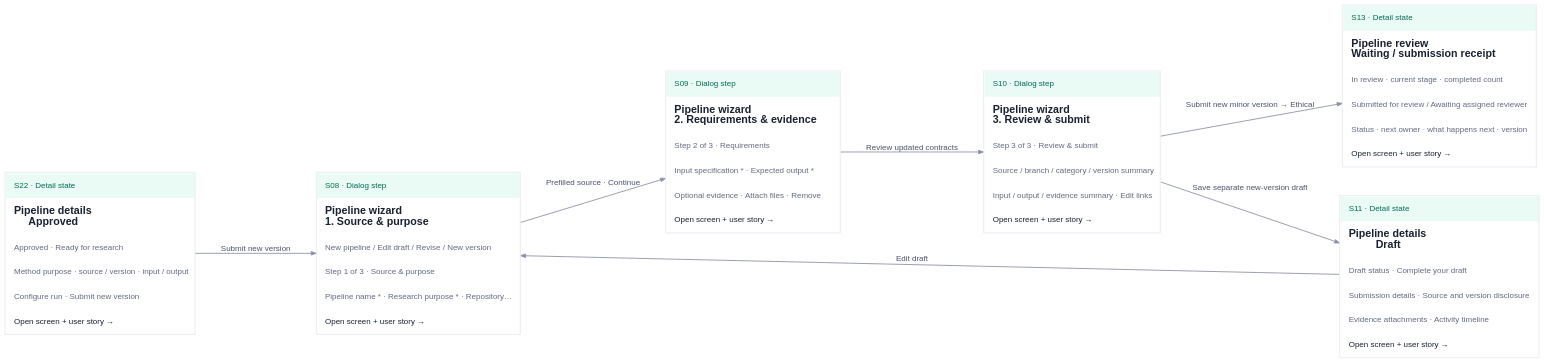
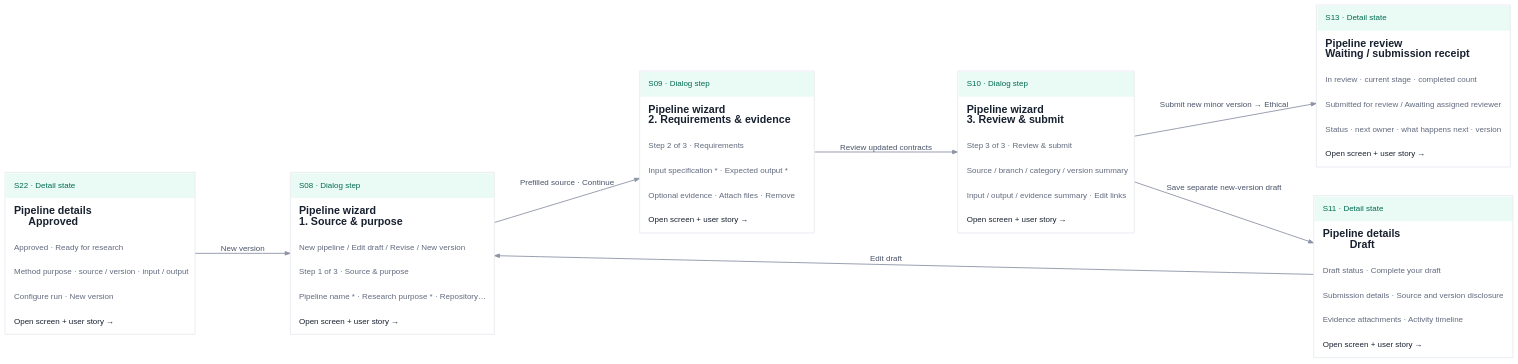
Before and after one commit to T-dotnet/Zero_trust: the diagram in public/mvp-flow-docs/flows/F06.dot, drawn with Graphviz. The commit also changed 52 other files, not shown here.

```diff
--- a/public/mvp-flow-docs/flows/F06.dot
+++ b/public/mvp-flow-docs/flows/F06.dot
@@ -1,17 +1,17 @@
 digraph flow {
 graph [rankdir=LR, bgcolor="transparent", pad="0.25", nodesep="0.6", ranksep="1.05", splines=polyline, outputorder=edgesfirst];
 node [shape=plain, fontname="Arial"];
 edge [color="#8c91a4", fontcolor="#495268", fontname="Arial", fontsize=12, arrowsize=0.75, penwidth=1.3];
-S22 [id="node-S22", href="#screen=S22&journey=F06", tooltip="Pipeline details · Approved", label=<<TABLE BORDER="1" COLOR="#e0e4ec" CELLBORDER="0" CELLSPACING="0" CELLPADDING="12" BGCOLOR="white"><TR><TD ALIGN="LEFT" WIDTH="260" BGCOLOR="#eafbf5"><FONT POINT-SIZE="12" COLOR="#006b50">S22 · Detail state</FONT></TD></TR><TR><TD ALIGN="LEFT"><FONT POINT-SIZE="16" COLOR="#18212f"><B>Pipeline details<BR ALIGN="LEFT"/>Approved</B></FONT></TD></TR><TR><TD ALIGN="LEFT"><FONT POINT-SIZE="12" COLOR="#626a7e">Approved · Ready for research</FONT></TD></TR><TR><TD ALIGN="LEFT"><FONT POINT-SIZE="12" COLOR="#626a7e">Method purpose · source / version · input / output</FONT></TD></TR><TR><TD ALIGN="LEFT"><FONT POINT-SIZE="12" COLOR="#626a7e">Configure run · Submit new version</FONT></TD></TR><TR><TD ALIGN="LEFT"><FONT POINT-SIZE="12" COLOR="#18212f">Open screen + user story →</FONT></TD></TR></TABLE>>];
+S22 [id="node-S22", href="#screen=S22&journey=F06", tooltip="Pipeline details · Approved", label=<<TABLE BORDER="1" COLOR="#e0e4ec" CELLBORDER="0" CELLSPACING="0" CELLPADDING="12" BGCOLOR="white"><TR><TD ALIGN="LEFT" WIDTH="260" BGCOLOR="#eafbf5"><FONT POINT-SIZE="12" COLOR="#006b50">S22 · Detail state</FONT></TD></TR><TR><TD ALIGN="LEFT"><FONT POINT-SIZE="16" COLOR="#18212f"><B>Pipeline details<BR ALIGN="LEFT"/>Approved</B></FONT></TD></TR><TR><TD ALIGN="LEFT"><FONT POINT-SIZE="12" COLOR="#626a7e">Approved · Ready for research</FONT></TD></TR><TR><TD ALIGN="LEFT"><FONT POINT-SIZE="12" COLOR="#626a7e">Method purpose · source / version · input / output</FONT></TD></TR><TR><TD ALIGN="LEFT"><FONT POINT-SIZE="12" COLOR="#626a7e">Configure run · New version</FONT></TD></TR><TR><TD ALIGN="LEFT"><FONT POINT-SIZE="12" COLOR="#18212f">Open screen + user story →</FONT></TD></TR></TABLE>>];
 S08 [id="node-S08", href="#screen=S08&journey=F06", tooltip="Pipeline wizard · 1. Source & purpose", label=<<TABLE BORDER="1" COLOR="#e0e4ec" CELLBORDER="0" CELLSPACING="0" CELLPADDING="12" BGCOLOR="white"><TR><TD ALIGN="LEFT" WIDTH="260" BGCOLOR="#eafbf5"><FONT POINT-SIZE="12" COLOR="#006b50">S08 · Dialog step</FONT></TD></TR><TR><TD ALIGN="LEFT"><FONT POINT-SIZE="16" COLOR="#18212f"><B>Pipeline wizard<BR ALIGN="LEFT"/>1. Source &amp; purpose</B></FONT></TD></TR><TR><TD ALIGN="LEFT"><FONT POINT-SIZE="12" COLOR="#626a7e">New pipeline / Edit draft / Revise / New version</FONT></TD></TR><TR><TD ALIGN="LEFT"><FONT POINT-SIZE="12" COLOR="#626a7e">Step 1 of 3 · Source &amp; purpose</FONT></TD></TR><TR><TD ALIGN="LEFT"><FONT POINT-SIZE="12" COLOR="#626a7e">Pipeline name * · Research purpose * · Repository…</FONT></TD></TR><TR><TD ALIGN="LEFT"><FONT POINT-SIZE="12" COLOR="#18212f">Open screen + user story →</FONT></TD></TR></TABLE>>];
 S09 [id="node-S09", href="#screen=S09&journey=F06", tooltip="Pipeline wizard · 2. Requirements & evidence", label=<<TABLE BORDER="1" COLOR="#e0e4ec" CELLBORDER="0" CELLSPACING="0" CELLPADDING="12" BGCOLOR="white"><TR><TD ALIGN="LEFT" WIDTH="260" BGCOLOR="#eafbf5"><FONT POINT-SIZE="12" COLOR="#006b50">S09 · Dialog step</FONT></TD></TR><TR><TD ALIGN="LEFT"><FONT POINT-SIZE="16" COLOR="#18212f"><B>Pipeline wizard<BR ALIGN="LEFT"/>2. Requirements &amp; evidence</B></FONT></TD></TR><TR><TD ALIGN="LEFT"><FONT POINT-SIZE="12" COLOR="#626a7e">Step 2 of 3 · Requirements</FONT></TD></TR><TR><TD ALIGN="LEFT"><FONT POINT-SIZE="12" COLOR="#626a7e">Input specification * · Expected output *</FONT></TD></TR><TR><TD ALIGN="LEFT"><FONT POINT-SIZE="12" COLOR="#626a7e">Optional evidence · Attach files · Remove</FONT></TD></TR><TR><TD ALIGN="LEFT"><FONT POINT-SIZE="12" COLOR="#18212f">Open screen + user story →</FONT></TD></TR></TABLE>>];
 S10 [id="node-S10", href="#screen=S10&journey=F06", tooltip="Pipeline wizard · 3. Review & submit", label=<<TABLE BORDER="1" COLOR="#e0e4ec" CELLBORDER="0" CELLSPACING="0" CELLPADDING="12" BGCOLOR="white"><TR><TD ALIGN="LEFT" WIDTH="260" BGCOLOR="#eafbf5"><FONT POINT-SIZE="12" COLOR="#006b50">S10 · Dialog step</FONT></TD></TR><TR><TD ALIGN="LEFT"><FONT POINT-SIZE="16" COLOR="#18212f"><B>Pipeline wizard<BR ALIGN="LEFT"/>3. Review &amp; submit</B></FONT></TD></TR><TR><TD ALIGN="LEFT"><FONT POINT-SIZE="12" COLOR="#626a7e">Step 3 of 3 · Review &amp; submit</FONT></TD></TR><TR><TD ALIGN="LEFT"><FONT POINT-SIZE="12" COLOR="#626a7e">Source / branch / category / version summary</FONT></TD></TR><TR><TD ALIGN="LEFT"><FONT POINT-SIZE="12" COLOR="#626a7e">Input / output / evidence summary · Edit links</FONT></TD></TR><TR><TD ALIGN="LEFT"><FONT POINT-SIZE="12" COLOR="#18212f">Open screen + user story →</FONT></TD></TR></TABLE>>];
 S11 [id="node-S11", href="#screen=S11&journey=F06", tooltip="Pipeline details · Draft", label=<<TABLE BORDER="1" COLOR="#e0e4ec" CELLBORDER="0" CELLSPACING="0" CELLPADDING="12" BGCOLOR="white"><TR><TD ALIGN="LEFT" WIDTH="260" BGCOLOR="#eafbf5"><FONT POINT-SIZE="12" COLOR="#006b50">S11 · Detail state</FONT></TD></TR><TR><TD ALIGN="LEFT"><FONT POINT-SIZE="16" COLOR="#18212f"><B>Pipeline details<BR ALIGN="LEFT"/>Draft</B></FONT></TD></TR><TR><TD ALIGN="LEFT"><FONT POINT-SIZE="12" COLOR="#626a7e">Draft status · Complete your draft</FONT></TD></TR><TR><TD ALIGN="LEFT"><FONT POINT-SIZE="12" COLOR="#626a7e">Submission details · Source and version disclosure</FONT></TD></TR><TR><TD ALIGN="LEFT"><FONT POINT-SIZE="12" COLOR="#626a7e">Evidence attachments · Activity timeline</FONT></TD></TR><TR><TD ALIGN="LEFT"><FONT POINT-SIZE="12" COLOR="#18212f">Open screen + user story →</FONT></TD></TR></TABLE>>];
 S13 [id="node-S13", href="#screen=S13&journey=F06", tooltip="Pipeline review · Waiting / submission receipt", label=<<TABLE BORDER="1" COLOR="#e0e4ec" CELLBORDER="0" CELLSPACING="0" CELLPADDING="12" BGCOLOR="white"><TR><TD ALIGN="LEFT" WIDTH="260" BGCOLOR="#eafbf5"><FONT POINT-SIZE="12" COLOR="#006b50">S13 · Detail state</FONT></TD></TR><TR><TD ALIGN="LEFT"><FONT POINT-SIZE="16" COLOR="#18212f"><B>Pipeline review<BR ALIGN="LEFT"/>Waiting / submission receipt</B></FONT></TD></TR><TR><TD ALIGN="LEFT"><FONT POINT-SIZE="12" COLOR="#626a7e">In review · current stage · completed count</FONT></TD></TR><TR><TD ALIGN="LEFT"><FONT POINT-SIZE="12" COLOR="#626a7e">Submitted for review / Awaiting assigned reviewer</FONT></TD></TR><TR><TD ALIGN="LEFT"><FONT POINT-SIZE="12" COLOR="#626a7e">Status · next owner · what happens next · version</FONT></TD></TR><TR><TD ALIGN="LEFT"><FONT POINT-SIZE="12" COLOR="#18212f">Open screen + user story →</FONT></TD></TR></TABLE>>];
-S22 -> S08 [label="Submit new version", tooltip="Submit new version"];
+S22 -> S08 [label="New version", tooltip="New version"];
 S08 -> S09 [label="Prefilled source · Continue", tooltip="Prefilled source · Continue"];
 S09 -> S10 [label="Review updated contracts", tooltip="Review updated contracts"];
 S10 -> S11 [label="Save separate new-version draft", tooltip="Save separate new-version draft"];
 S11 -> S08 [label="Edit draft", tooltip="Edit draft"];
 S10 -> S13 [label="Submit new minor version → Ethical", tooltip="Submit new minor version → Ethical"];
 }
```
